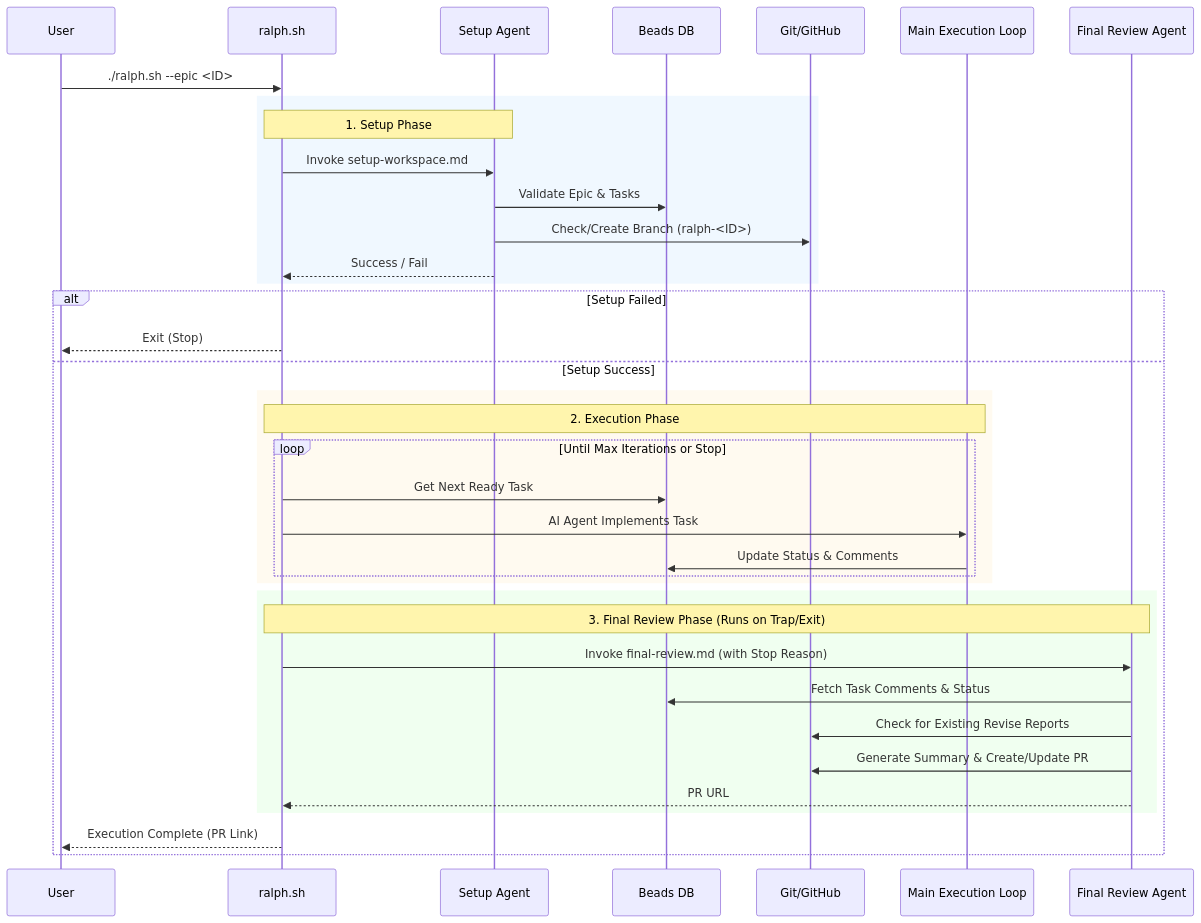
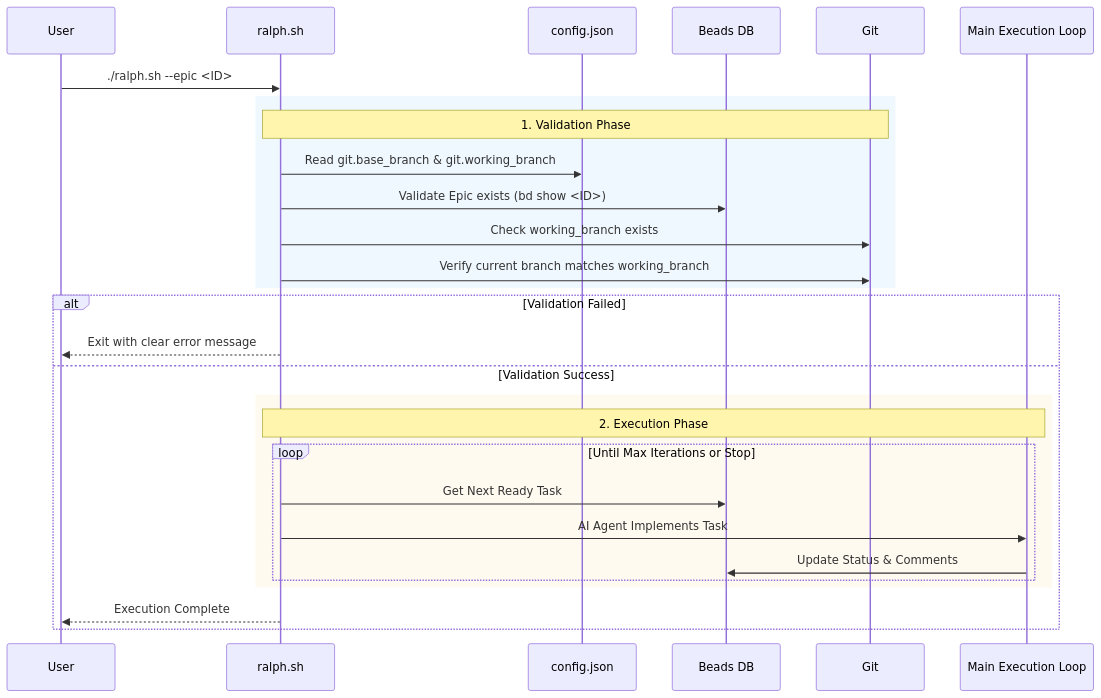
One commit to lambda-curry/devagent changed the diagram in .devagent/plugins/ralph/autonomous-execution-flow.md. Above: the diagram before and after it, drawn with Mermaid. The commit also changed other lines of this file and 13 other files, not shown here.

First line of the commit message:
chore(ralph): add execute-autonomous workflow and fix-pr-42-review-issues setup

````diff
--- a/.devagent/plugins/ralph/autonomous-execution-flow.md
+++ b/.devagent/plugins/ralph/autonomous-execution-flow.md
@@ -5,44 +5,34 @@
 ```mermaid
 sequenceDiagram
     participant User
     participant RalphScript as ralph.sh
-    participant SetupAgent as Setup Agent
+    participant Config as config.json
     participant BeadsDB as Beads DB
-    participant Git as Git/GitHub
+    participant Git as Git
     participant Execution as Main Execution Loop
-    participant FinalAgent as Final Review Agent
 
     User->>RalphScript: ./ralph.sh --epic <ID>
 
     rect rgb(240, 248, 255)
-        Note over RalphScript, SetupAgent: 1. Setup Phase
-        RalphScript->>SetupAgent: Invoke setup-workspace.md
-        SetupAgent->>BeadsDB: Validate Epic & Tasks
-        SetupAgent->>Git: Check/Create Branch (ralph-<ID>)
-        SetupAgent-->>RalphScript: Success / Fail
+        Note over RalphScript, Git: 1. Validation Phase
+        RalphScript->>Config: Read git.base_branch & git.working_branch
+        RalphScript->>BeadsDB: Validate Epic exists (bd show <ID>)
+        RalphScript->>Git: Check working_branch exists
+        RalphScript->>Git: Verify current branch matches working_branch
     end
 
-    alt Setup Failed
-        RalphScript-->>User: Exit (Stop)
-    else Setup Success
+    alt Validation Failed
+        RalphScript-->>User: Exit with clear error message
+    else Validation Success
         rect rgb(255, 250, 240)
             Note over RalphScript, Execution: 2. Execution Phase
             loop Until Max Iterations or Stop
                 RalphScript->>BeadsDB: Get Next Ready Task
                 RalphScript->>Execution: AI Agent Implements Task
                 Execution->>BeadsDB: Update Status & Comments
             end
         end
 
-        rect rgb(240, 255, 240)
-            Note over RalphScript, FinalAgent: 3. Final Review Phase (Runs on Trap/Exit)
-            RalphScript->>FinalAgent: Invoke final-review.md (with Stop Reason)
-            FinalAgent->>BeadsDB: Fetch Task Comments & Status
-            FinalAgent->>Git: Check for Existing Revise Reports
-            FinalAgent->>Git: Generate Summary & Create/Update PR
-            FinalAgent-->>RalphScript: PR URL
-        end
-
-        RalphScript-->>User: Execution Complete (PR Link)
+        RalphScript-->>User: Execution Complete
     end
 ```
````
